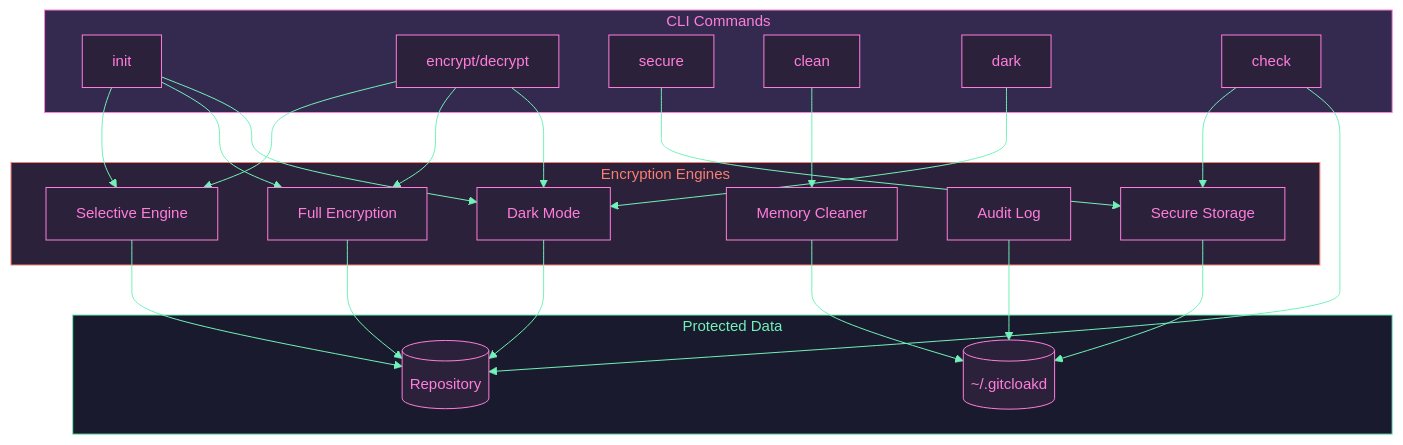
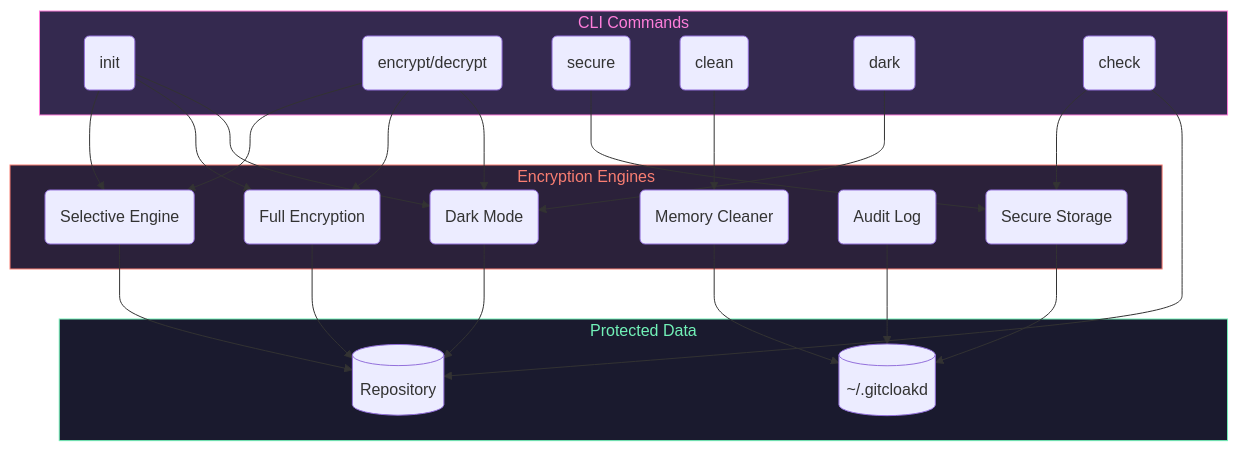
One commit to haKC-ai/gitcloakd changed the sixth of 6 diagrams in README.md. Above: the diagram before and after it, drawn with Mermaid. The commit also changed other lines of this file, not shown here.

````diff
--- a/README.md
+++ b/README.md
@@ -541,51 +597,50 @@
 ```mermaid
-%%{init: {'theme': 'base', 'themeVariables': { 'fontFamily': 'Lato', 'fontSize': '15px', 'primaryColor': '#2b213a', 'primaryTextColor': '#ff7edb', 'primaryBorderColor': '#ff7edb', 'lineColor': '#72f1b8', 'secondaryColor': '#34294f', 'tertiaryColor': '#1a1a2e' }}}%%
 graph TB
     subgraph CLI["CLI Commands"]
-        INIT[init]
-        ENC[encrypt/decrypt]
-        SEC[secure]
-        CLEAN[clean]
-        DARK[dark]
-        CHECK[check]
+        INIT(init)
+        ENC(encrypt/decrypt)
+        SEC(secure)
+        CLEAN(clean)
+        DARK(dark)
+        CHECK(check)
     end
 
     subgraph Core["Encryption Engines"]
-        SELECTIVE[Selective Engine]
-        FULL[Full Encryption]
-        DARKMODE[Dark Mode]
-        STORAGE[Secure Storage]
-        AUDIT[Audit Log]
-        CLEANER[Memory Cleaner]
+        SELECTIVE(Selective Engine)
+        FULL(Full Encryption)
+        DARKMODE(Dark Mode)
+        STORAGE(Secure Storage)
+        AUDIT(Audit Log)
+        CLEANER(Memory Cleaner)
     end
 
     subgraph Data["Protected Data"]
         REPO[(Repository)]
         LOCAL[(~/.gitcloakd)]
     end
 
     INIT --> SELECTIVE
     INIT --> FULL
     INIT --> DARKMODE
 
     ENC --> SELECTIVE
     ENC --> FULL
     ENC --> DARKMODE
 
     DARK --> DARKMODE
     SEC --> STORAGE
     CLEAN --> CLEANER
     CHECK --> STORAGE
     CHECK --> REPO
 
     SELECTIVE --> REPO
     FULL --> REPO
     DARKMODE --> REPO
     STORAGE --> LOCAL
     AUDIT --> LOCAL
     CLEANER --> LOCAL
 
     style CLI fill:#34294f,stroke:#ff7edb,color:#ff7edb
     style Core fill:#2b213a,stroke:#f97e72,color:#f97e72
     style Data fill:#1a1a2e,stroke:#72f1b8,color:#72f1b8
 ```
````
